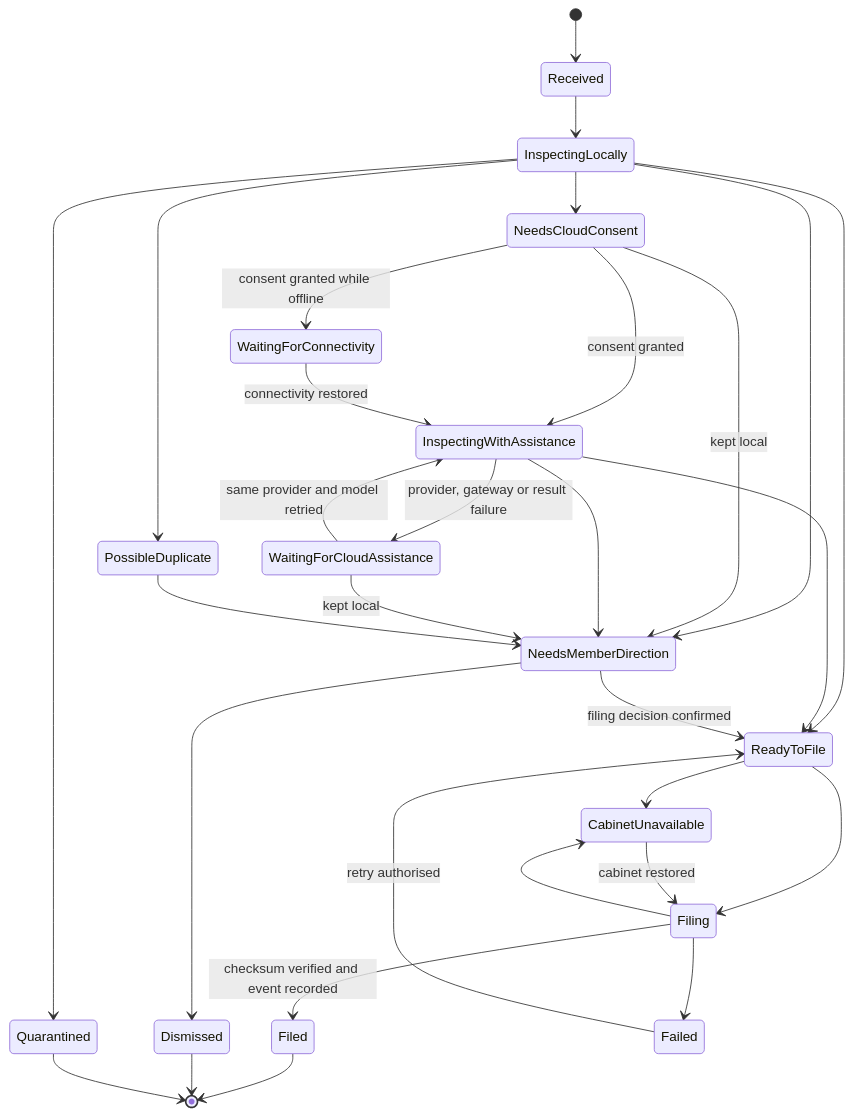
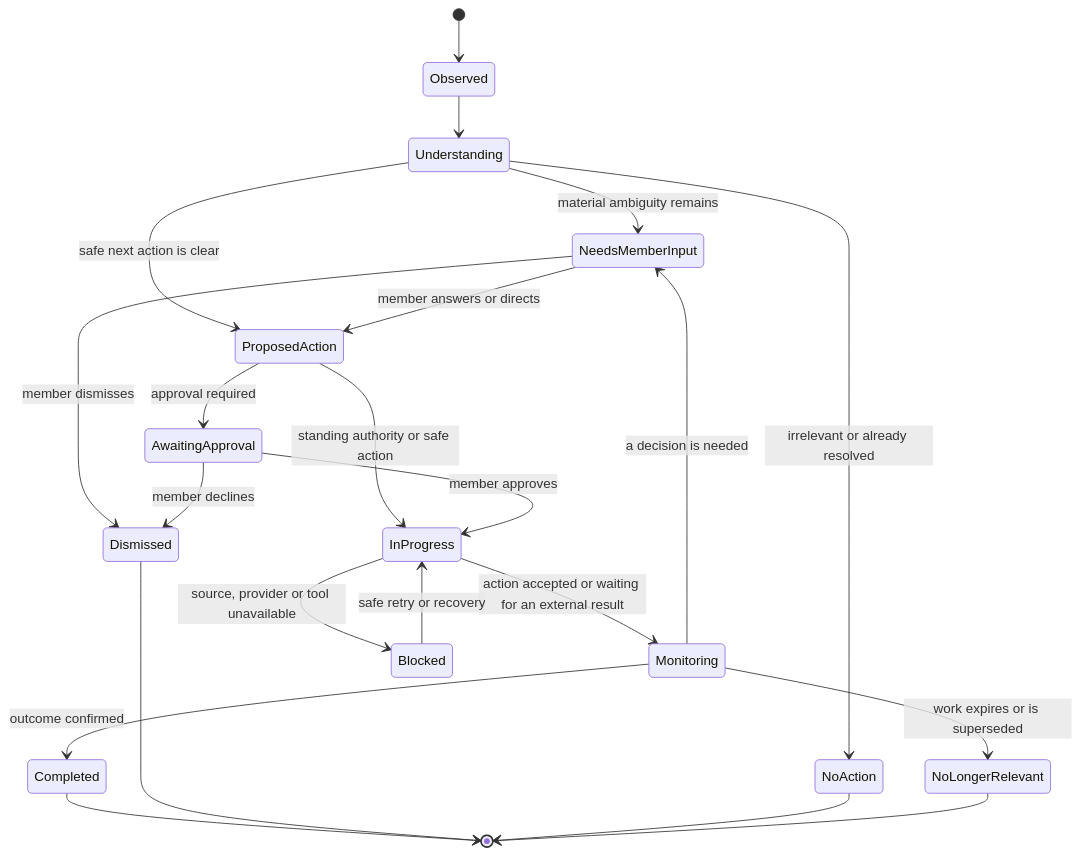
Before and after one commit to yasserchehade/Luna: the third of 3 diagrams in docs/domain-model.md, drawn with Mermaid. The commit also changed other lines of this file and 23 other files, not shown here.

````diff
--- a/docs/domain-model.md
+++ b/docs/domain-model.md
@@ -139,37 +149,24 @@
 ```mermaid
 stateDiagram-v2
-    [*] --> Received
-    Received --> InspectingLocally
-
-    InspectingLocally --> NeedsMemberDirection
-    InspectingLocally --> NeedsCloudConsent
-    InspectingLocally --> ReadyToFile
-    InspectingLocally --> PossibleDuplicate
-    InspectingLocally --> Quarantined
-
-    NeedsCloudConsent --> WaitingForConnectivity: consent granted while offline
-    NeedsCloudConsent --> InspectingWithAssistance: consent granted
-    NeedsCloudConsent --> NeedsMemberDirection: kept local
-    InspectingWithAssistance --> NeedsMemberDirection
-    InspectingWithAssistance --> ReadyToFile
-    InspectingWithAssistance --> WaitingForCloudAssistance: provider, gateway or result failure
-    WaitingForConnectivity --> InspectingWithAssistance: connectivity restored
-    WaitingForCloudAssistance --> InspectingWithAssistance: same provider and model retried
-    WaitingForCloudAssistance --> NeedsMemberDirection: kept local
-
-    PossibleDuplicate --> NeedsMemberDirection
-    NeedsMemberDirection --> ReadyToFile: filing decision confirmed
-    NeedsMemberDirection --> Dismissed
-
-    ReadyToFile --> CabinetUnavailable
-    ReadyToFile --> Filing
-    CabinetUnavailable --> Filing: cabinet restored
-    Filing --> Filed: checksum verified and event recorded
-    Filing --> CabinetUnavailable
-    Filing --> Failed
-
-    Failed --> ReadyToFile: retry authorised
-    Filed --> [*]
+    [*] --> Observed
+    Observed --> Understanding
+    Understanding --> NoAction: irrelevant or already resolved
+    Understanding --> NeedsMemberInput: material ambiguity remains
+    Understanding --> ProposedAction: safe next action is clear
+    NeedsMemberInput --> ProposedAction: member answers or directs
+    NeedsMemberInput --> Dismissed: member dismisses
+    ProposedAction --> AwaitingApproval: approval required
+    ProposedAction --> InProgress: standing authority or safe action
+    AwaitingApproval --> InProgress: member approves
+    AwaitingApproval --> Dismissed: member declines
+    InProgress --> Monitoring: action accepted or waiting for an external result
+    InProgress --> Blocked: source, provider or tool unavailable
+    Blocked --> InProgress: safe retry or recovery
+    Monitoring --> Completed: outcome confirmed
+    Monitoring --> NeedsMemberInput: a decision is needed
+    Monitoring --> NoLongerRelevant: work expires or is superseded
+    Completed --> [*]
     Dismissed --> [*]
-    Quarantined --> [*]
+    NoAction --> [*]
+    NoLongerRelevant --> [*]
 ```
````
